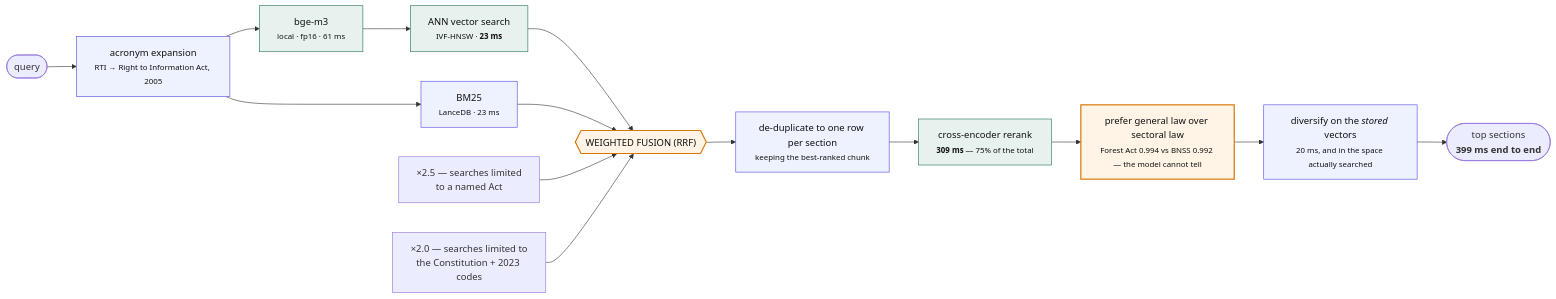
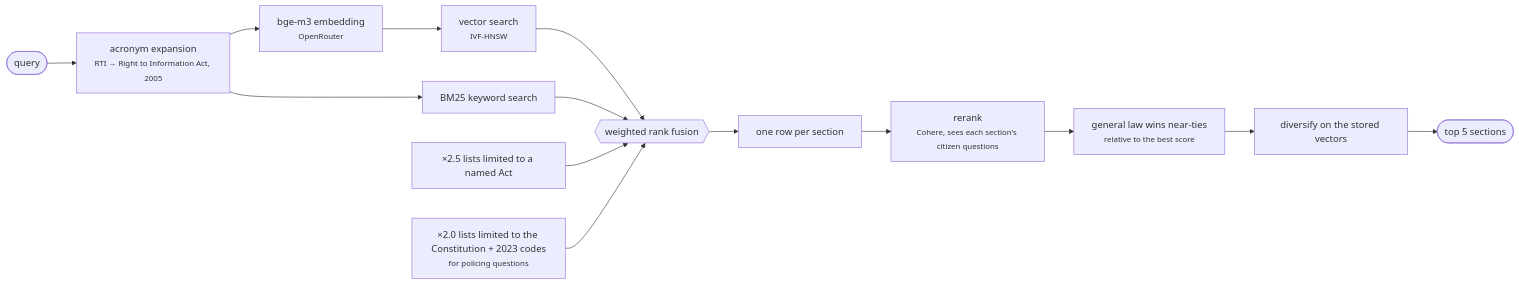
The third of 4 diagrams in ARCHITECTURE.md (DamnKuldeep/KnowYourRightsAI), drawn with Mermaid before and after one commit. The commit also changed other lines of this file and 153 other files, not shown here.

````diff
--- a/ARCHITECTURE.md
+++ b/ARCHITECTURE.md
@@ -146,26 +119,14 @@
 ```mermaid
 flowchart LR
-    Q([" query "]) --> EXP[" acronym expansion<br/><small>RTI → Right to Information Act, 2005</small> "]
-
-    EXP --> EMB[" bge-m3<br/><small>local · fp16 · 61 ms</small> "]
-    EXP --> BM[" BM25<br/><small>LanceDB · 23 ms</small> "]
-    EMB --> ANN[" ANN vector search<br/><small>IVF-HNSW · <b>23 ms</b></small> "]
-
-    ANN --> RRF{{" WEIGHTED FUSION (RRF) "}}
-    BM --> RRF
-    ACTF[" ×2.5 — searches limited<br/>to a named Act "] --> RRF
-    GENF[" ×2.0 — searches limited to<br/>the Constitution + 2023 codes "] --> RRF
-
-    RRF --> DED[" de-duplicate to one row per section<br/><small>keeping the best-ranked chunk</small> "]
-    DED --> RR[" cross-encoder rerank<br/><small><b>309 ms</b> — 75% of the total</small> "]
-    RR --> BOOST[" prefer general law over sectoral law<br/><small>Forest Act 0.994 vs BNSS 0.992 — the model cannot tell</small> "]
-    BOOST --> MMR[" diversify on the <i>stored</i> vectors<br/><small>20 ms, and in the space actually searched</small> "]
-    MMR --> TOP([" top sections<br/><b>399 ms end to end</b> "])
-
-    classDef local fill:#e7f1ee,stroke:#1f6f5c,color:#111
-    classDef fuse fill:#fff4e6,stroke:#d97706,stroke-width:2px,color:#111
-    classDef step fill:#eef2ff,stroke:#4f46e5,color:#111
-    class EMB,ANN,RR local
-    class RRF,BOOST fuse
-    class EXP,BM,DED,MMR step
+    Q([query]) --> X[acronym expansion<br/><small>RTI → Right to Information Act, 2005</small>]
+    X --> EMB[bge-m3 embedding<br/><small>OpenRouter</small>] --> ANN[vector search<br/><small>IVF-HNSW</small>]
+    X --> BM[BM25 keyword search]
+    ANN & BM --> RRF{{weighted rank fusion}}
+    NAMED[×2.5 lists limited to a named Act] --> RRF
+    GEN[×2.0 lists limited to the Constitution + 2023 codes<br/><small>for policing questions</small>] --> RRF
+    RRF --> DED[one row per section]
+    DED --> RR[rerank<br/><small>Cohere, sees each section's citizen questions</small>]
+    RR --> BOOST[general law wins near-ties<br/><small>relative to the best score</small>]
+    BOOST --> MMR[diversify on the stored vectors]
+    MMR --> OUT([top 5 sections])
 ```
````
